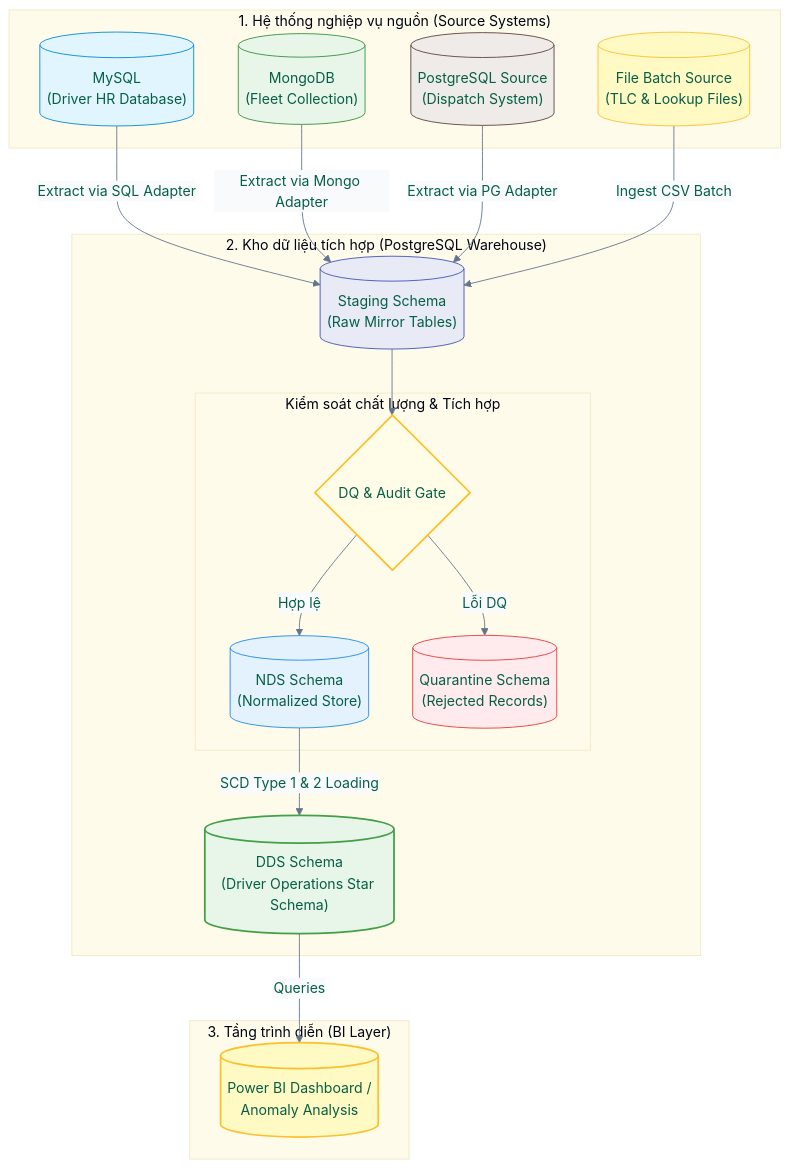
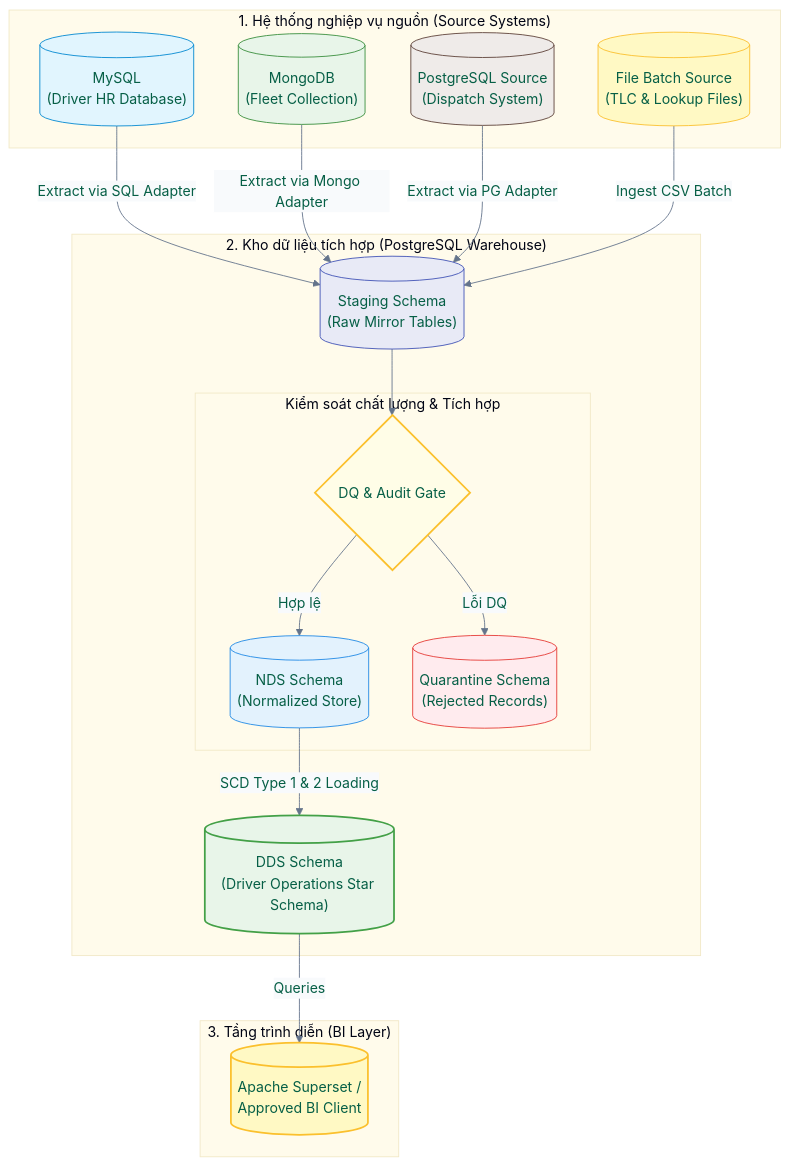
One commit to HuyVuCV1011/Green-taxi changed the first of 2 diagrams in docs/05-architecture.md. Above: the diagram before and after it, drawn with Mermaid. The commit also changed other lines of this file and 24 other files, not shown here.

````diff
--- a/docs/05-architecture.md
+++ b/docs/05-architecture.md
@@ -25,49 +25,49 @@
 ```mermaid
 %%{init: {'theme': 'base', 'themeVariables': { 'primaryColor': '#ecfdf5', 'primaryTextColor': '#065f46', 'primaryBorderColor': '#10b981', 'lineColor': '#64748b', 'secondaryColor': '#f8fafc', 'tertiaryColor': '#fffbeb'}}}%%
 flowchart TD
     subgraph SimulationSources["1. Hệ thống nghiệp vụ nguồn (Source Systems)"]
         MySQL[("MySQL<br>(Driver HR Database)")]
         Mongo[("MongoDB<br>(Fleet Collection)")]
         PG_Src[("PostgreSQL Source<br>(Dispatch System)")]
         TLC_Files[("File Batch Source<br>(TLC & Lookup Files)")]
     end
 
     subgraph WarehouseSystem["2. Kho dữ liệu tích hợp (PostgreSQL Warehouse)"]
         STG[("Staging Schema<br>(Raw Mirror Tables)")]
 
         subgraph IntegrityFlow["Kiểm soát chất lượng & Tích hợp"]
             DQ{"DQ & Audit Gate"}
             NDS[("NDS Schema<br>(Normalized Store)")]
             Q_Schema[("Quarantine Schema<br>(Rejected Records)")]
         end
 
         DDS[("DDS Schema<br>(Driver Operations Star Schema)")]
     end
 
     subgraph AnalysisBI["3. Tầng trình diễn (BI Layer)"]
-        Dashboard[("Power BI Dashboard /<br>Anomaly Analysis")]
+        Dashboard[("Apache Superset /<br>Approved BI Client")]
     end
 
     MySQL -->|"Extract via SQL Adapter"| STG
     Mongo -->|"Extract via Mongo Adapter"| STG
     PG_Src -->|"Extract via PG Adapter"| STG
     TLC_Files -->|"Ingest CSV Batch"| STG
 
     STG --> DQ
     DQ -->|"Hợp lệ"| NDS
     DQ -->|"Lỗi DQ"| Q_Schema
     NDS -->|"SCD Type 1 & 2 Loading"| DDS
     DDS -->|"Queries"| Dashboard
 
     %% Styling
     style MySQL fill:#e1f5fe,stroke:#0288d1,stroke-width:1px
     style Mongo fill:#e8f5e9,stroke:#388e3c,stroke-width:1px
     style PG_Src fill:#efebe9,stroke:#5d4037,stroke-width:1px
     style TLC_Files fill:#fff9c4,stroke:#fbc02d,stroke-width:1px
     style STG fill:#e8eaf6,stroke:#3f51b5,stroke-width:1px
     style DQ fill:#fffde7,stroke:#fbc02d,stroke-width:2px
     style NDS fill:#e3f2fd,stroke:#1e88e5,stroke-width:1px
     style Q_Schema fill:#ffebee,stroke:#e53935,stroke-width:1px
     style DDS fill:#e8f5e9,stroke:#43a047,stroke-width:2px
     style Dashboard fill:#fff9c4,stroke:#fbc02d,stroke-width:2px
 ```
````
